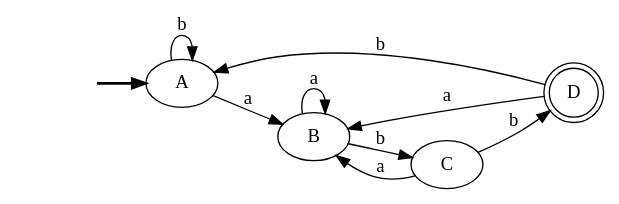
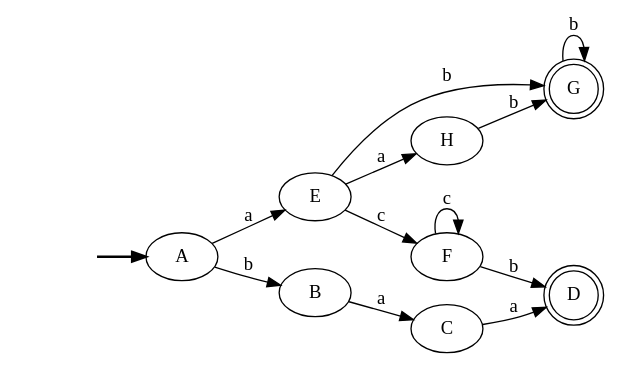
One commit to Estuardo07/Lab_B changed the diagram in output/AFDD.gv. Above: the diagram before and after it, drawn with Graphviz. The commit also changed 8 other files, not shown here.

```diff
--- a/output/AFDD.gv
+++ b/output/AFDD.gv
@@ -1,17 +1,24 @@
 digraph {
 	fake [style=invisible]
 	D [shape=doublecircle]
+	G [shape=doublecircle]
+	H
+	E
+	F
 	C
+	A [root=true]
 	B
-	A [root=true]
 	fake -> A [style=bold]
-	B -> C [label=b]
-	A -> B [label=a]
-	D -> A [label=b]
-	C -> B [label=a]
-	C -> D [label=b]
-	B -> B [label=a]
-	A -> A [label=b]
-	D -> B [label=a]
+	E -> G [label=b]
+	C -> D [label=a]
+	G -> G [label=b]
+	H -> G [label=b]
+	B -> C [label=a]
+	A -> B [label=b]
+	E -> F [label=c]
+	F -> F [label=c]
+	A -> E [label=a]
+	E -> H [label=a]
+	F -> D [label=b]
 	rankdir=LR
 }
```
